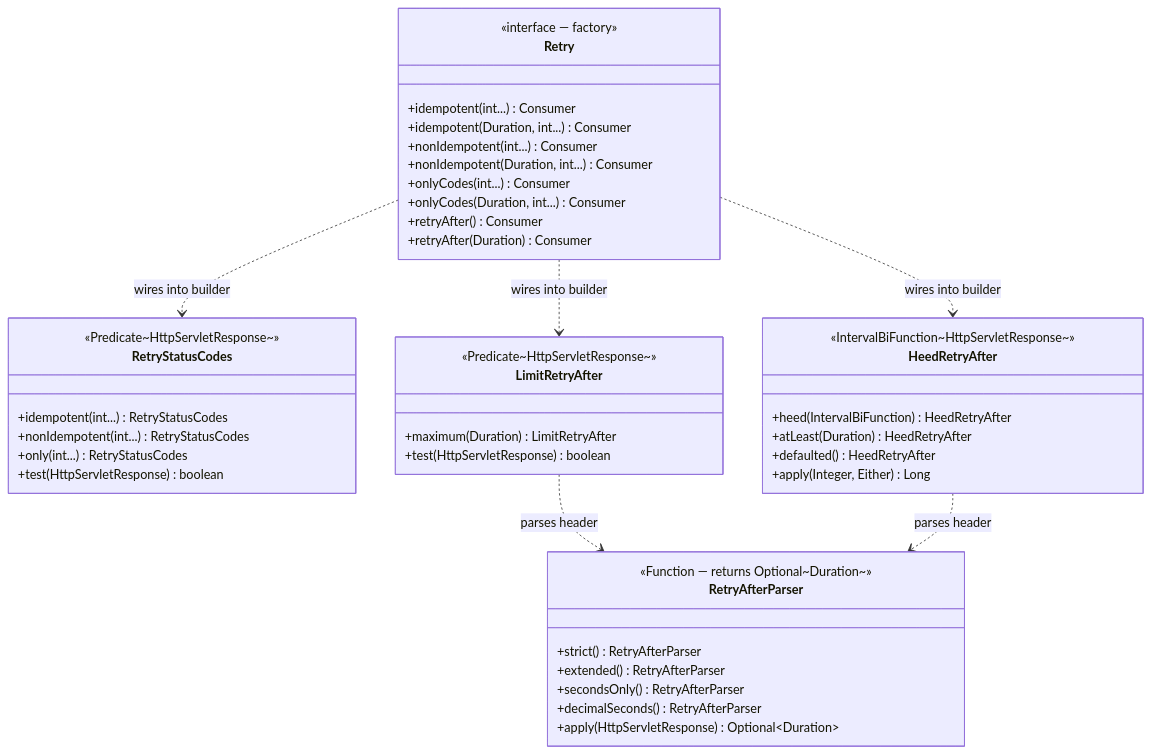
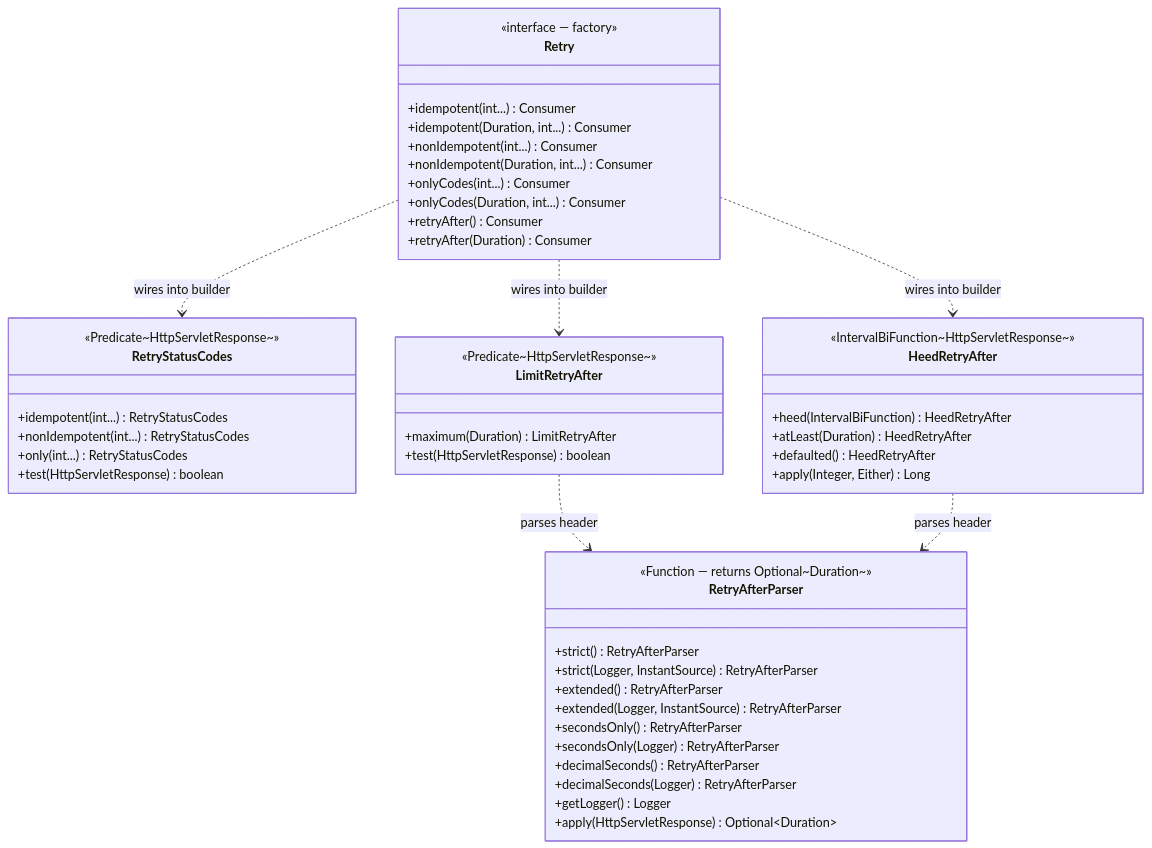
Before and after one commit to bhanafee/RetryHTTP: the fourth of 4 diagrams in README.md, drawn with Mermaid. The commit also changed other lines of this file and 3 other files, not shown here.

First line of the commit message:
Accept a Logger in RetryAfterParser factories

````diff
--- a/README.md
+++ b/README.md
@@ -254,51 +254,56 @@
 ```mermaid
 classDiagram
     class RetryStatusCodes {
         <<Predicate~HttpServletResponse~>>
         +idempotent(int...) RetryStatusCodes
         +nonIdempotent(int...) RetryStatusCodes
         +only(int...) RetryStatusCodes
         +test(HttpServletResponse) boolean
     }
 
     class RetryAfterParser {
         <<Function — returns Optional~Duration~>>
         +strict() RetryAfterParser
+        +strict(Logger, InstantSource) RetryAfterParser
         +extended() RetryAfterParser
+        +extended(Logger, InstantSource) RetryAfterParser
         +secondsOnly() RetryAfterParser
+        +secondsOnly(Logger) RetryAfterParser
         +decimalSeconds() RetryAfterParser
+        +decimalSeconds(Logger) RetryAfterParser
+        +getLogger() Logger
         +apply(HttpServletResponse) Optional~Duration~
     }
 
     class LimitRetryAfter {
         <<Predicate~HttpServletResponse~>>
         +maximum(Duration) LimitRetryAfter
         +test(HttpServletResponse) boolean
     }
 
     class HeedRetryAfter {
         <<IntervalBiFunction~HttpServletResponse~>>
         +heed(IntervalBiFunction) HeedRetryAfter
         +atLeast(Duration) HeedRetryAfter
         +defaulted() HeedRetryAfter
         +apply(Integer, Either) Long
     }
 
     class Retry {
         <<interface — factory>>
         +idempotent(int...) Consumer
         +idempotent(Duration, int...) Consumer
         +nonIdempotent(int...) Consumer
         +nonIdempotent(Duration, int...) Consumer
         +onlyCodes(int...) Consumer
         +onlyCodes(Duration, int...) Consumer
         +retryAfter() Consumer
         +retryAfter(Duration) Consumer
     }
 
     LimitRetryAfter ..> RetryAfterParser : parses header
     HeedRetryAfter ..> RetryAfterParser : parses header
     Retry ..> RetryStatusCodes : wires into builder
     Retry ..> LimitRetryAfter : wires into builder
     Retry ..> HeedRetryAfter : wires into builder
 ```
````
